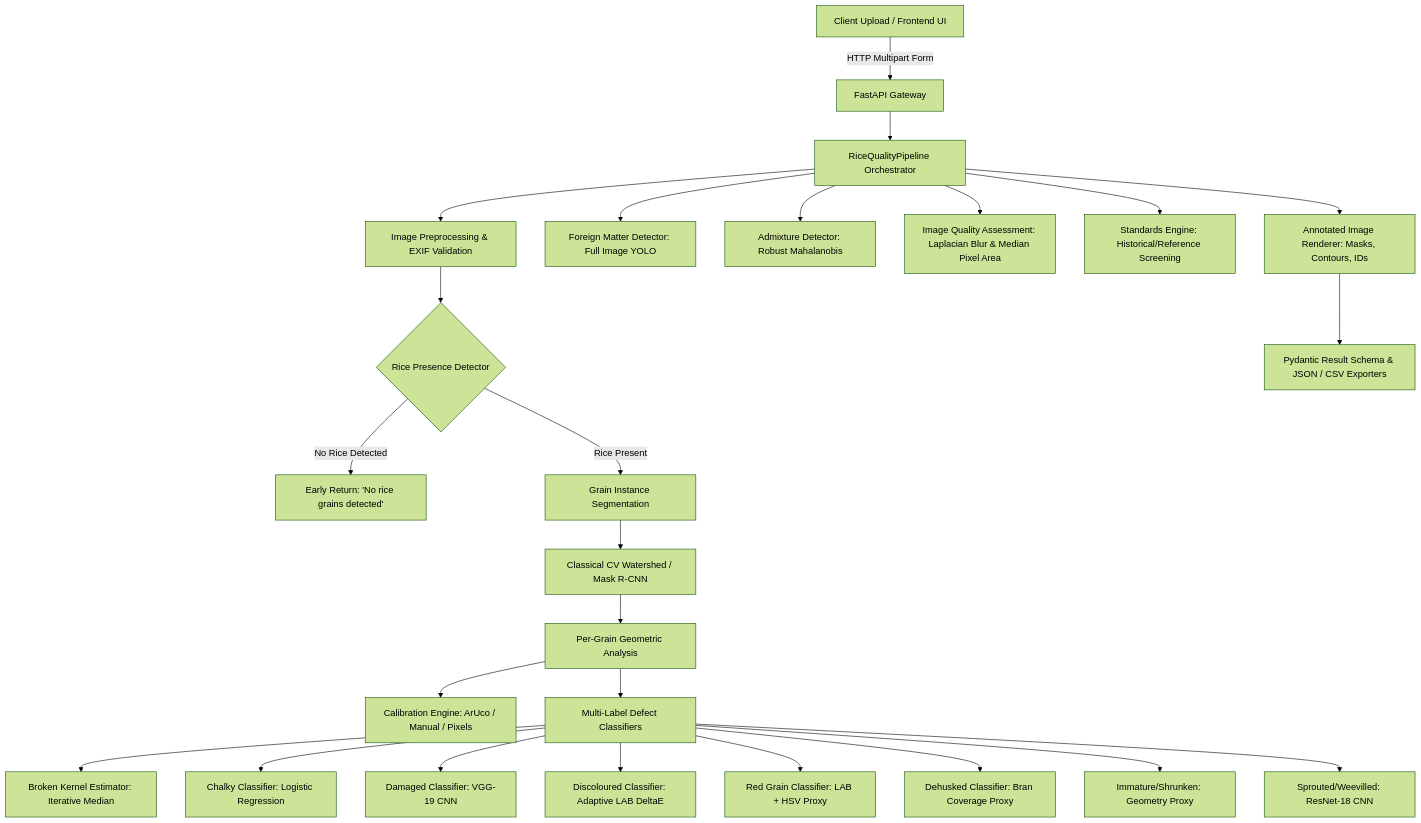
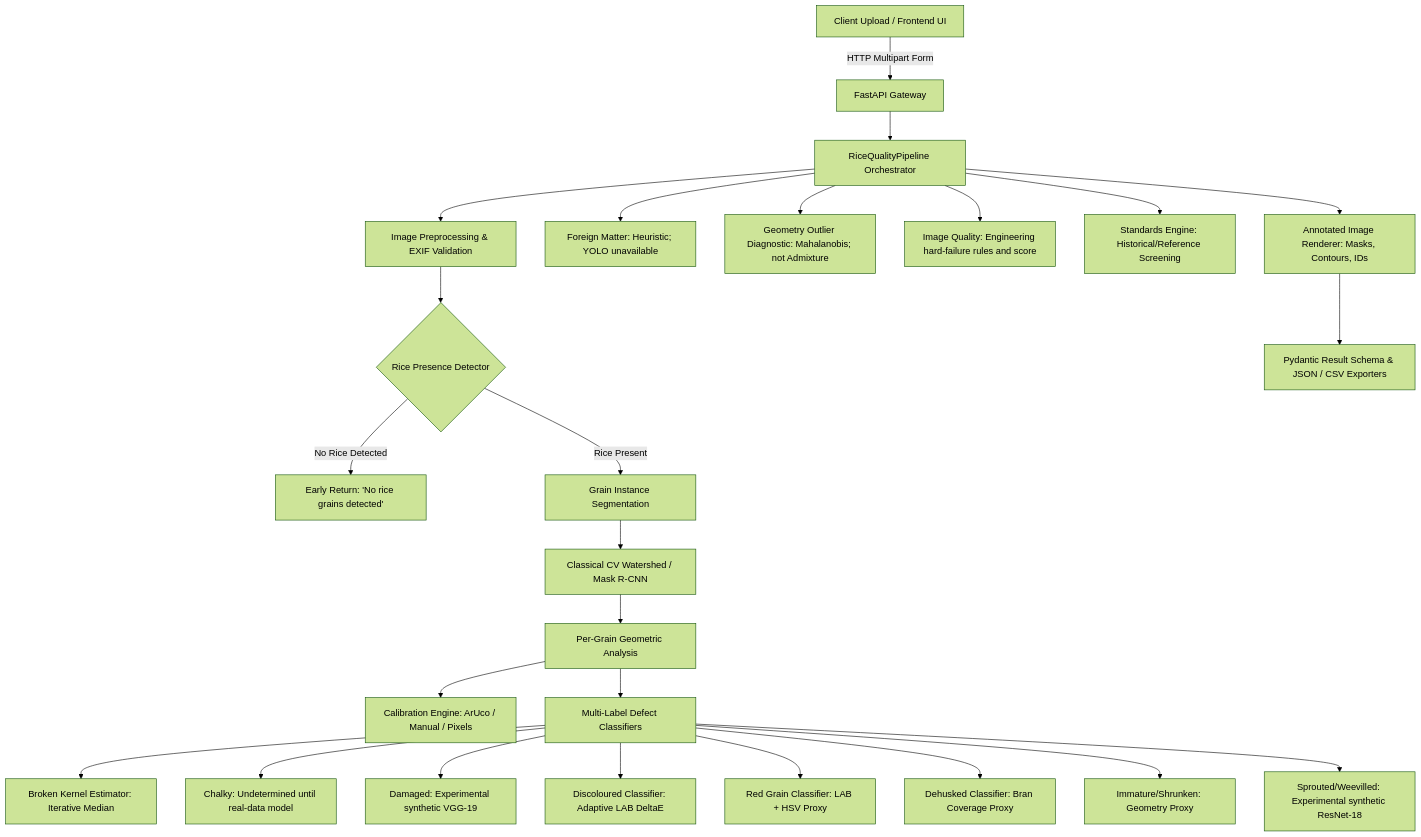
The diagram in rice-quality-ai/docs/architecture.md (kiran-8287/grain), drawn with Mermaid (forest theme) before and after one commit. The commit also changed other lines of this file and 49 other files, not shown here.

````diff
--- a/rice-quality-ai/docs/architecture.md
+++ b/rice-quality-ai/docs/architecture.md
@@ -7,27 +7,27 @@
 ```mermaid
 graph TD
     A[Client Upload / Frontend UI] -->|HTTP Multipart Form| B[FastAPI Gateway]
     B --> C[RiceQualityPipeline Orchestrator]
     C --> D[Image Preprocessing & EXIF Validation]
     D --> E{Rice Presence Detector}
     E -->|No Rice Detected| F[Early Return: 'No rice grains detected']
     E -->|Rice Present| G[Grain Instance Segmentation]
     G --> H[Classical CV Watershed / Mask R-CNN]
     H --> I[Per-Grain Geometric Analysis]
     I --> J[Calibration Engine: ArUco / Manual / Pixels]
     I --> K[Multi-Label Defect Classifiers]
     K --> K1[Broken Kernel Estimator: Iterative Median]
-    K --> K2[Chalky Classifier: Logistic Regression]
-    K --> K3[Damaged Classifier: VGG-19 CNN]
+   K --> K2[Chalky: Undetermined until real-data model]
+   K --> K3[Damaged: Experimental synthetic VGG-19]
     K --> K4[Discoloured Classifier: Adaptive LAB DeltaE]
     K --> K5[Red Grain Classifier: LAB + HSV Proxy]
     K --> K6[Dehusked Classifier: Bran Coverage Proxy]
     K --> K7[Immature/Shrunken: Geometry Proxy]
-    K --> K8[Sprouted/Weevilled: ResNet-18 CNN]
-    C --> L[Foreign Matter Detector: Full Image YOLO]
-    C --> M[Admixture Detector: Robust Mahalanobis]
-    C --> N[Image Quality Assessment: Laplacian Blur & Median Pixel Area]
+   K --> K8[Sprouted/Weevilled: Experimental synthetic ResNet-18]
+   C --> L[Foreign Matter: Heuristic; YOLO unavailable]
+   C --> M[Geometry Outlier Diagnostic: Mahalanobis; not Admixture]
+   C --> N[Image Quality: Engineering hard-failure rules and score]
    C --> O[Standards Engine: Historical/Reference Screening]
     C --> P[Annotated Image Renderer: Masks, Contours, IDs]
     P --> Q[Pydantic Result Schema & JSON / CSV Exporters]
 ```
````
